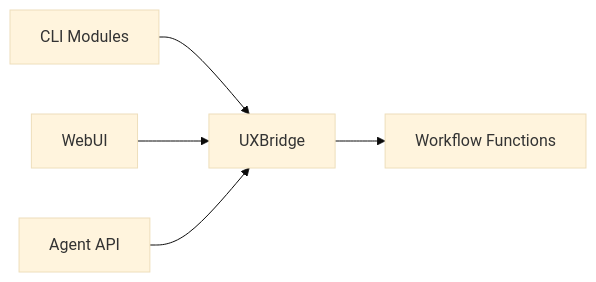
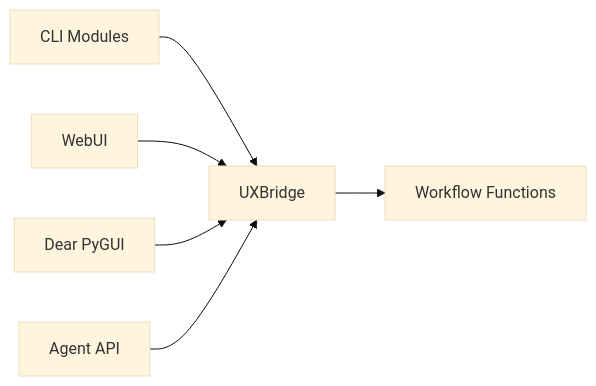
The first of 3 diagrams in docs/architecture/uxbridge.md (ravenoak/devsynth), drawn with Mermaid (base theme) before and after one commit. The commit also changed other lines of this file and 2 other files, not shown here.

Commit message:
docs: document Dear PyGUI integration

````diff
--- a/docs/architecture/uxbridge.md
+++ b/docs/architecture/uxbridge.md
@@ -45,7 +47,8 @@
 ```mermaid
 graph LR
     CLI[CLI Modules] --> Bridge[UXBridge]
     WebUI[WebUI] --> Bridge
+    DPG[Dear PyGUI] --> Bridge
     AgentAPI[Agent API] --> Bridge
     Bridge --> Core[Workflow Functions]
 ```
````
